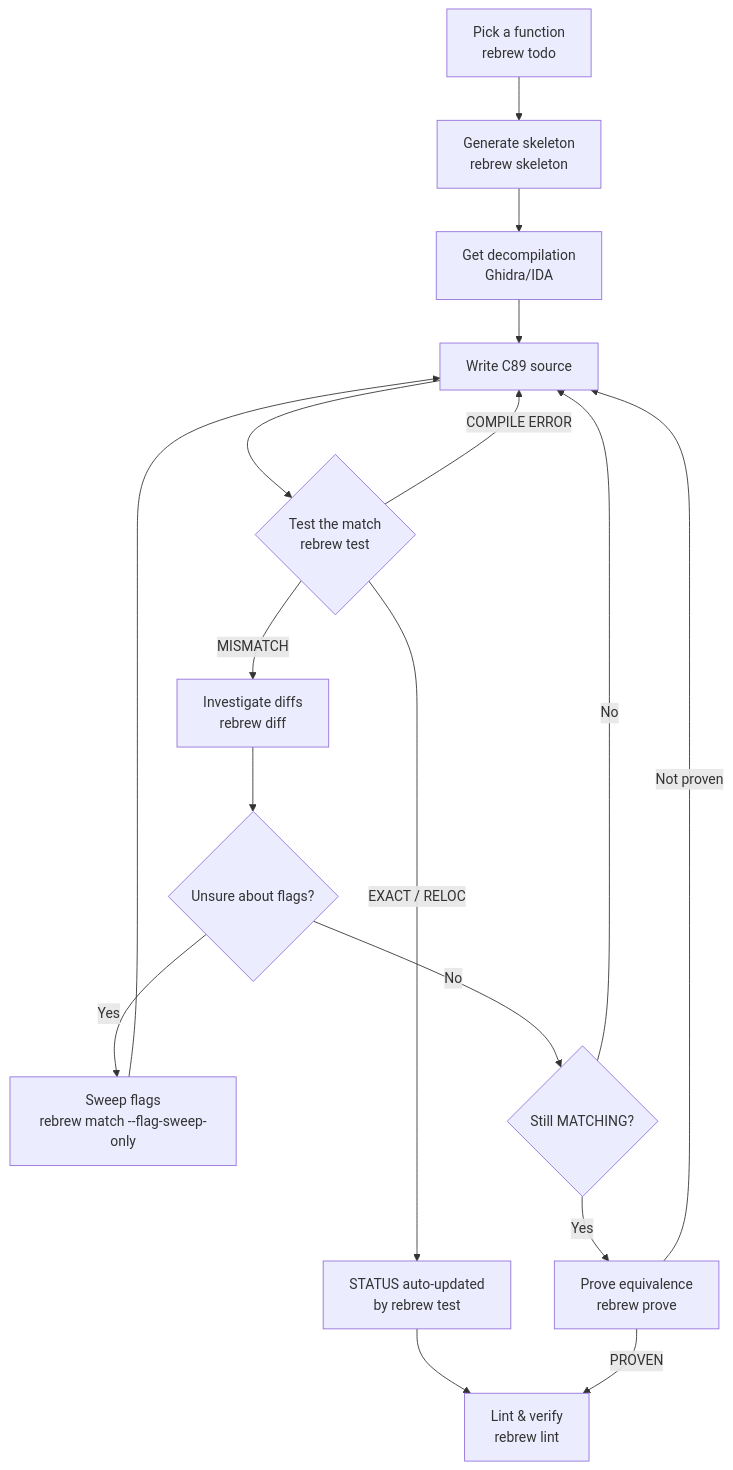
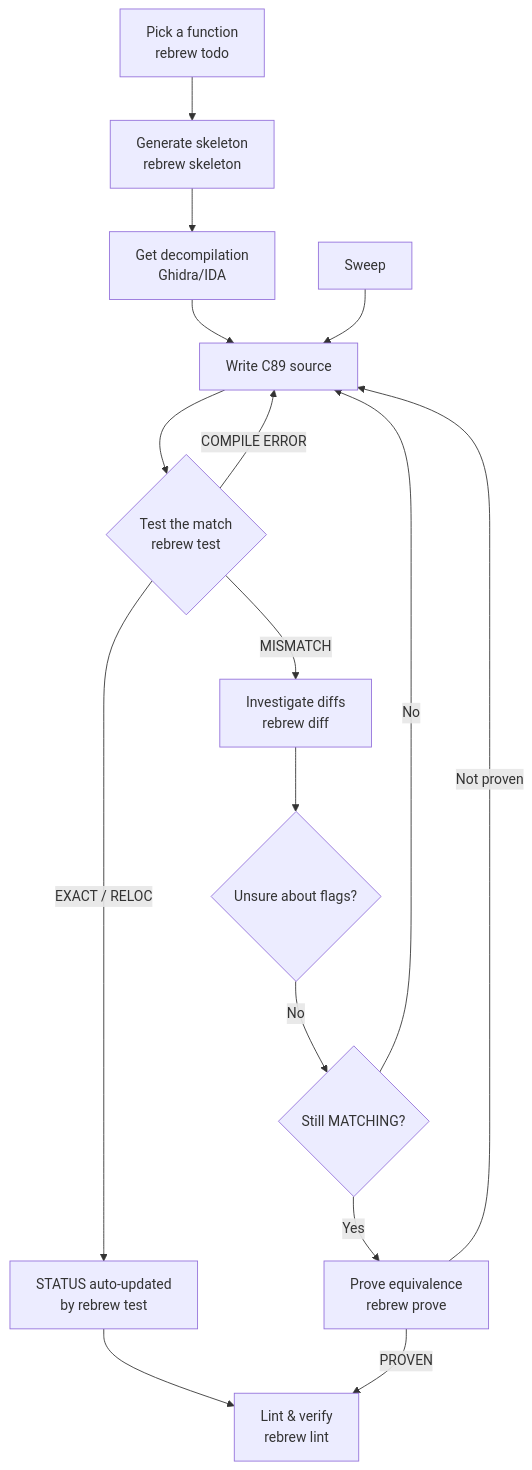
Before and after one commit to maci0/rebrew: the diagram in docs/WORKFLOW.md, drawn with Mermaid. The commit also changed other lines of this file and 9 other files, not shown here.

````diff
--- a/docs/WORKFLOW.md
+++ b/docs/WORKFLOW.md
@@ -118,19 +118,18 @@
 ```mermaid
 graph TD
     Pick[Pick a function<br/>rebrew todo] --> Gen[Generate skeleton<br/>rebrew skeleton]
     Gen --> Decomp[Get decompilation<br/>Ghidra/IDA]
     Decomp --> Write[Write C89 source]
     Write --> Test{Test the match<br/>rebrew test}
     Test -->|EXACT / RELOC| Done[STATUS auto-updated<br/>by rebrew test]
     Test -->|MISMATCH| Diff[Investigate diffs<br/>rebrew diff]
     Test -->|COMPILE ERROR| Write
     Done --> Lint[Lint & verify<br/>rebrew lint]
     Diff --> Flags{Unsure about flags?}
-    Flags -->|Yes| Sweep[Sweep flags<br/>rebrew match --flag-sweep-only]
     Sweep --> Write
     Flags -->|No| Prove{Still MATCHING?}
     Prove -->|Yes| Symbolic[Prove equivalence<br/>rebrew prove]
     Symbolic -->|PROVEN| Lint
     Symbolic -->|Not proven| Write
     Prove -->|No| Write
 ```
````
